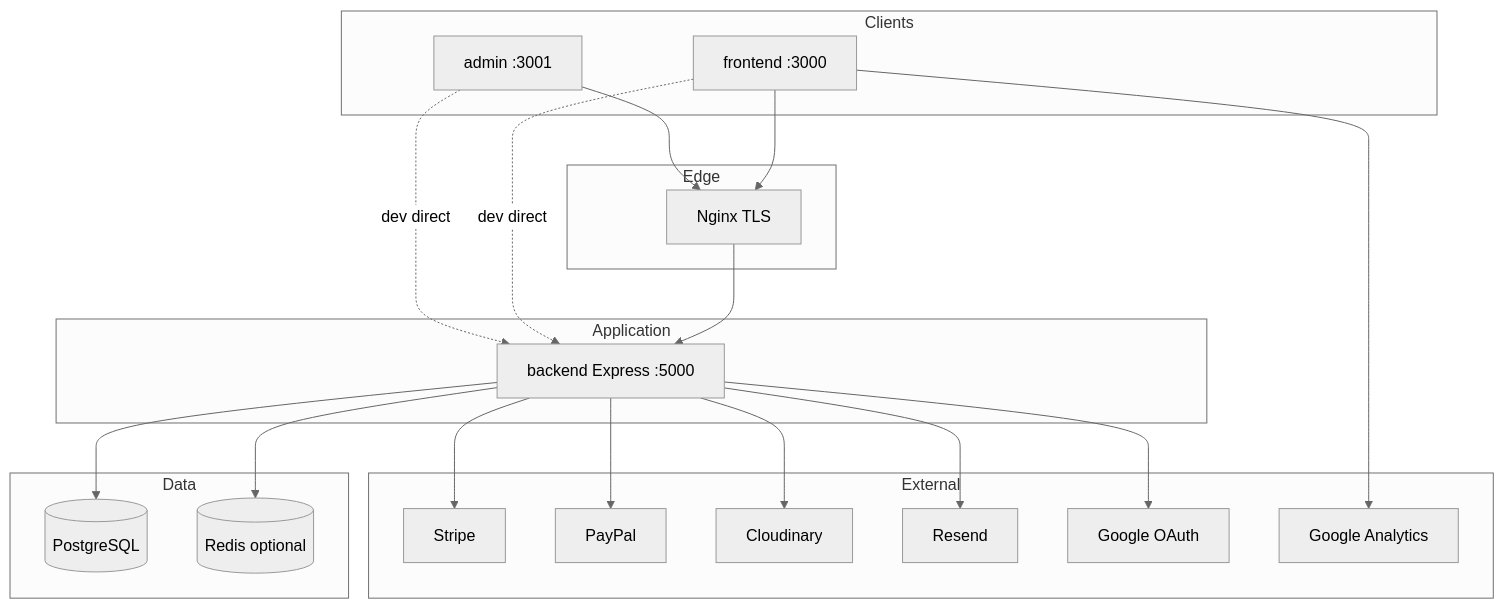
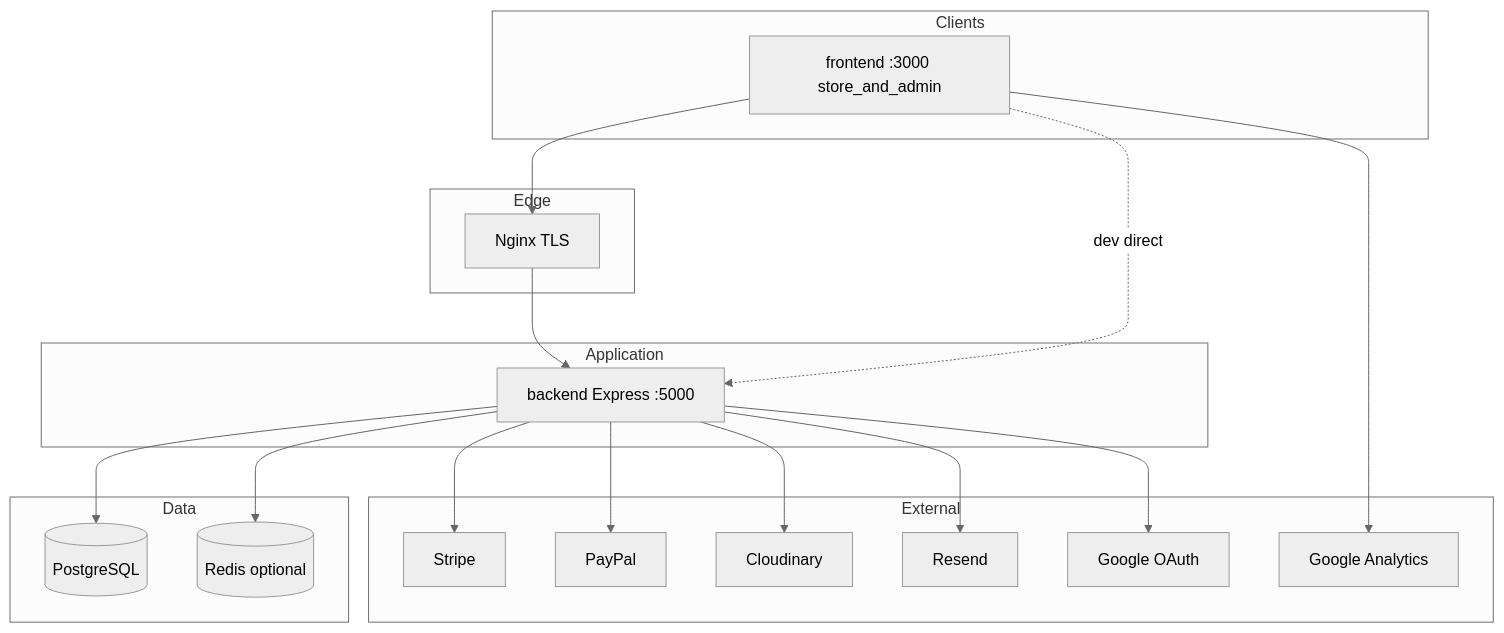
The first of 6 diagrams in docs/architecture/system-design.md (Ali-Husnain-186/gamemania), drawn with Mermaid (neutral theme) before and after one commit. The commit also changed other lines of this file and 149 other files, not shown here.

````diff
--- a/docs/architecture/system-design.md
+++ b/docs/architecture/system-design.md
@@ -27,43 +27,40 @@
 ```mermaid
 flowchart TB
   subgraph Clients
-    FE[frontend :3000]
-    AD[admin :3001]
+    FE[frontend :3000 store_and_admin]
   end
 
   subgraph Edge
     NGX[Nginx TLS]
   end
 
   subgraph Application
     API[backend Express :5000]
   end
 
   subgraph Data
     PG[(PostgreSQL)]
     RD[(Redis optional)]
   end
 
   subgraph External
     ST[Stripe]
     PP[PayPal]
     CL[Cloudinary]
     RS[Resend]
     GO[Google OAuth]
     GA[Google Analytics]
   end
 
   FE --> NGX
-  AD --> NGX
   NGX --> API
   FE -.->|dev direct| API
-  AD -.->|dev direct| API
   API --> PG
   API --> RD
   API --> ST
   API --> PP
   API --> CL
   API --> RS
   API --> GO
   FE --> GA
 ```
````
